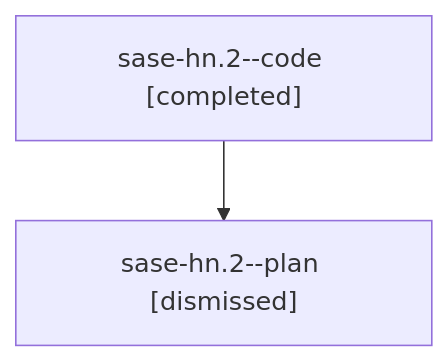
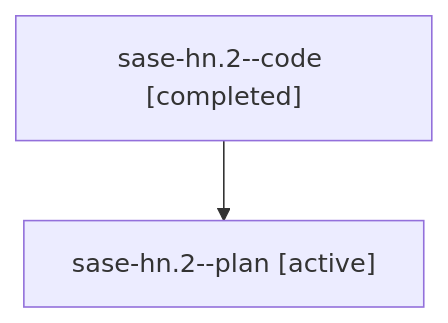
The diagram in families/bbugyi200.athena.sase-hn.2.md (sase-org/sase--agents), drawn with Mermaid before and after one commit. The commit also changed other lines of this file and 35830 other files, not shown here.

````diff
--- a/families/bbugyi200.athena.sase-hn.2.md
+++ b/families/bbugyi200.athena.sase-hn.2.md
@@ -9,6 +9,6 @@
 ```mermaid
 flowchart TD
   n0["sase-hn.2--code [completed]"]
-  n1["sase-hn.2--plan [dismissed]"]
+  n1["sase-hn.2--plan [active]"]
   n0 --> n1
 ```
````
